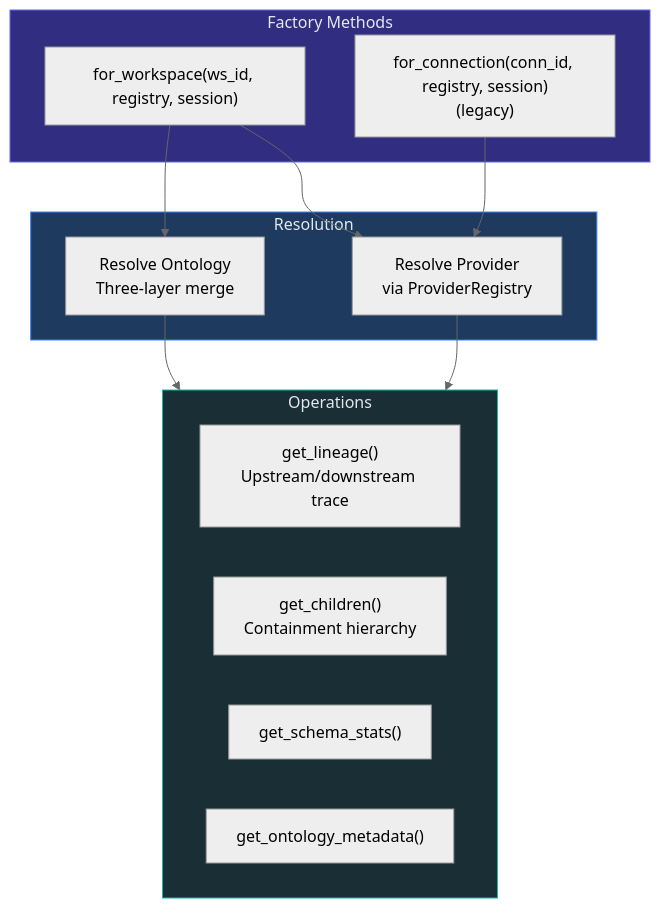
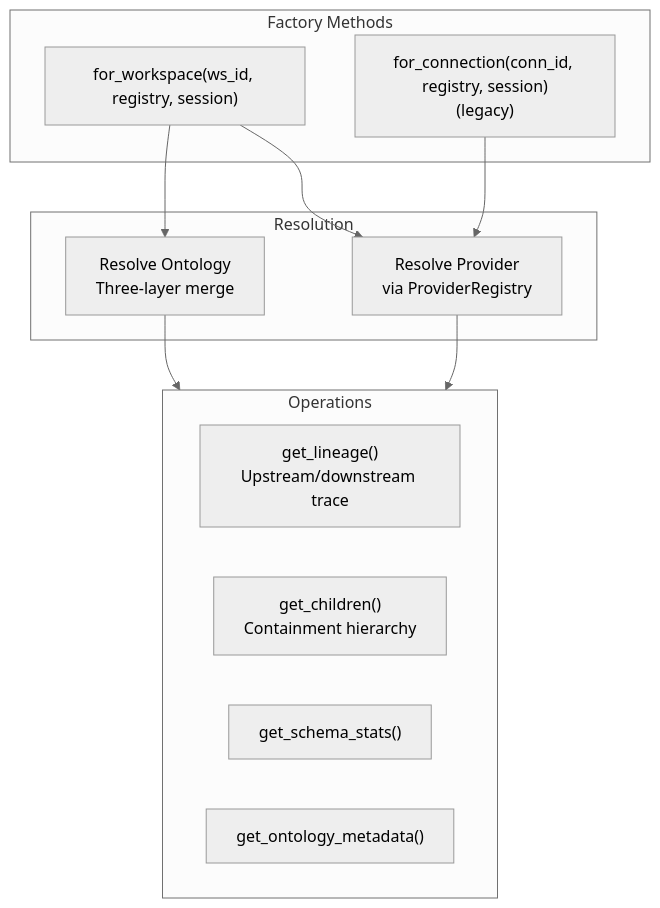
One commit to rkrumins/dataviz changed the third of 8 diagrams in docs/BACKEND.md. Above: the diagram before and after it, drawn with Mermaid (neutral theme). The commit also changed other lines of this file and 46 other files, not shown here.

````diff
--- a/docs/BACKEND.md
+++ b/docs/BACKEND.md
@@ -252,30 +248,27 @@
 ```mermaid
 graph TB
     subgraph Factory["Factory Methods"]
         FW["for_workspace(ws_id, registry, session)"]
         FC["for_connection(conn_id, registry, session)<br/>(legacy)"]
     end
 
     subgraph Resolution["Resolution"]
         RP["Resolve Provider<br/>via ProviderRegistry"]
         RO["Resolve Ontology<br/>Three-layer merge"]
     end
 
     subgraph Operations["Operations"]
         GL["get_lineage()<br/>Upstream/downstream trace"]
         GC["get_children()<br/>Containment hierarchy"]
         GS["get_schema_stats()"]
         GM["get_ontology_metadata()"]
     end
 
     FW --> RP
     FW --> RO
     FC --> RP
 
     RP --> Operations
     RO --> Operations
 
-    style Factory fill:#312e81,stroke:#6366f1,color:#e2e8f0
-    style Resolution fill:#1e3a5f,stroke:#3b82f6,color:#e2e8f0
-    style Operations fill:#1a2e35,stroke:#14b8a6,color:#e2e8f0
 ```
````
